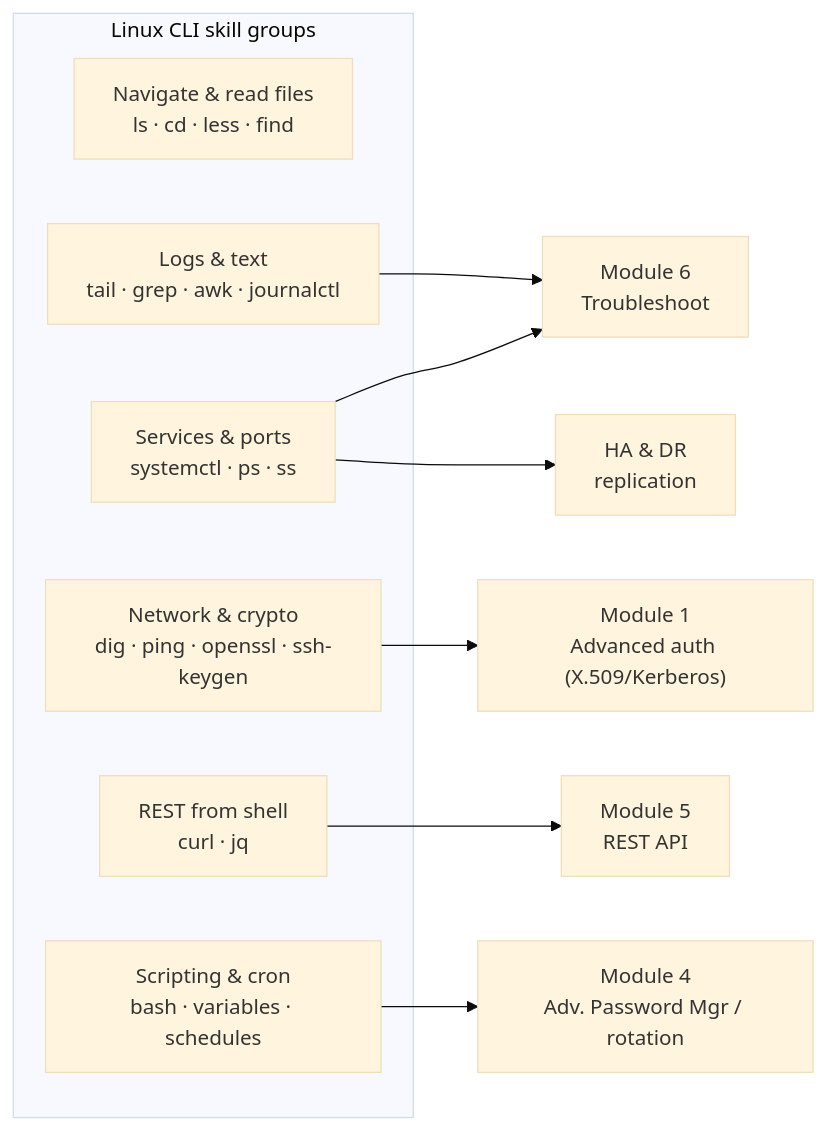
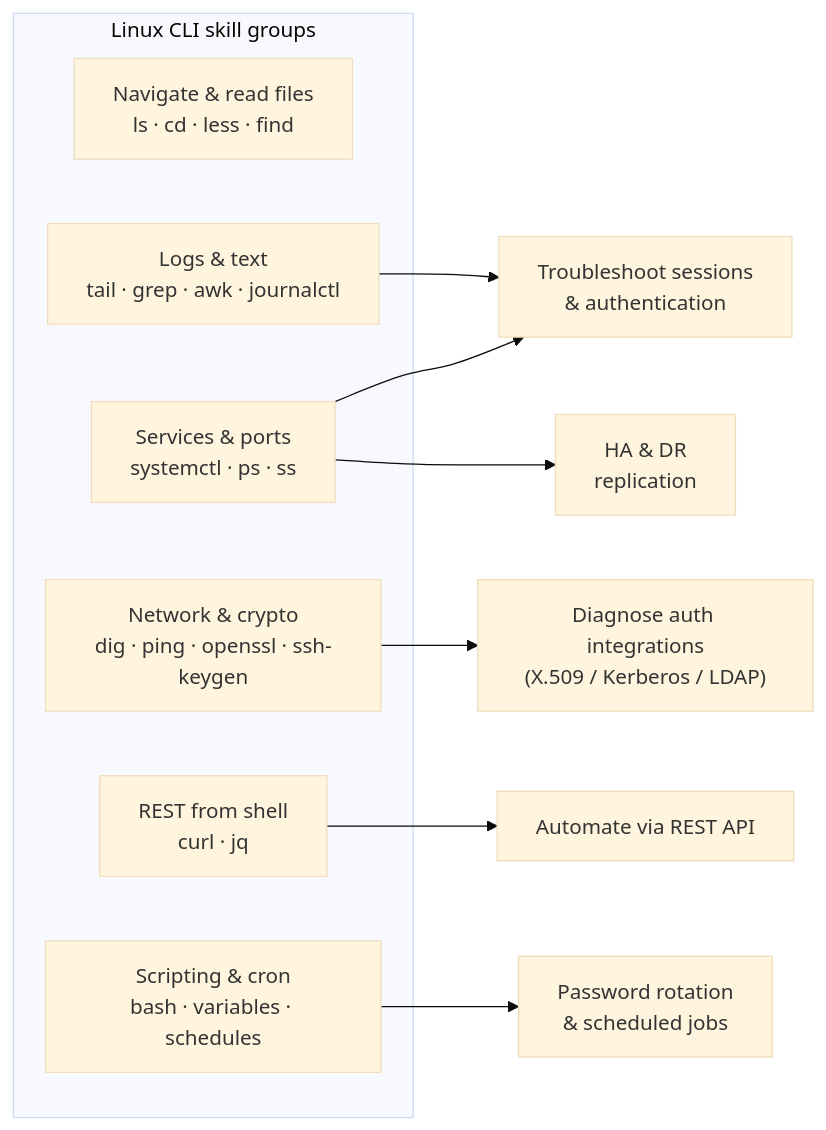
Before and after one commit to morandeirachema/CyberCerts: the diagram in prerequisites/linux-cli-for-pam-engineers.md, drawn with Mermaid (base theme). The commit also changed other lines of this file and 57 other files, not shown here.

````diff
--- a/prerequisites/linux-cli-for-pam-engineers.md
+++ b/prerequisites/linux-cli-for-pam-engineers.md
@@ -24,17 +36,17 @@
 ```mermaid
 flowchart LR
     subgraph CLI["Linux CLI skill groups"]
         Nav["Navigate & read files<br/>ls · cd · less · find"]
         Logs["Logs & text<br/>tail · grep · awk · journalctl"]
         Svc["Services & ports<br/>systemctl · ps · ss"]
         Net["Network & crypto<br/>dig · ping · openssl · ssh-keygen"]
         Api["REST from shell<br/>curl · jq"]
         Auto["Scripting & cron<br/>bash · variables · schedules"]
     end
-    Logs --> M6["Module 6<br/>Troubleshoot"]
-    Svc --> M6
-    Net --> M1["Module 1<br/>Advanced auth (X.509/Kerberos)"]
-    Api --> M5["Module 5<br/>REST API"]
-    Auto --> M4["Module 4<br/>Adv. Password Mgr / rotation"]
-    Svc --> HA["HA & DR<br/>replication"]
+    Logs --> T1["Troubleshoot sessions<br/>& authentication"]
+    Svc --> T1
+    Net --> T2["Diagnose auth integrations<br/>(X.509 / Kerberos / LDAP)"]
+    Api --> T3["Automate via REST API"]
+    Auto --> T4["Password rotation<br/>& scheduled jobs"]
+    Svc --> T5["HA & DR<br/>replication"]
 ```
````
